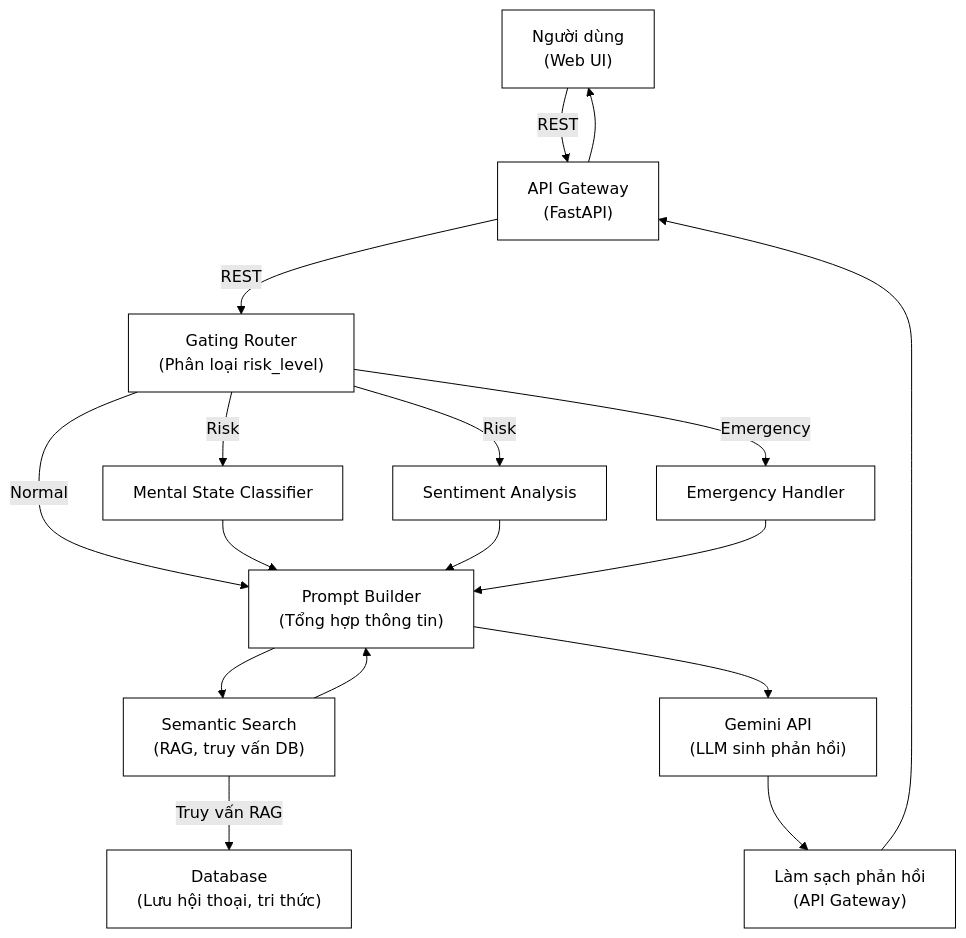
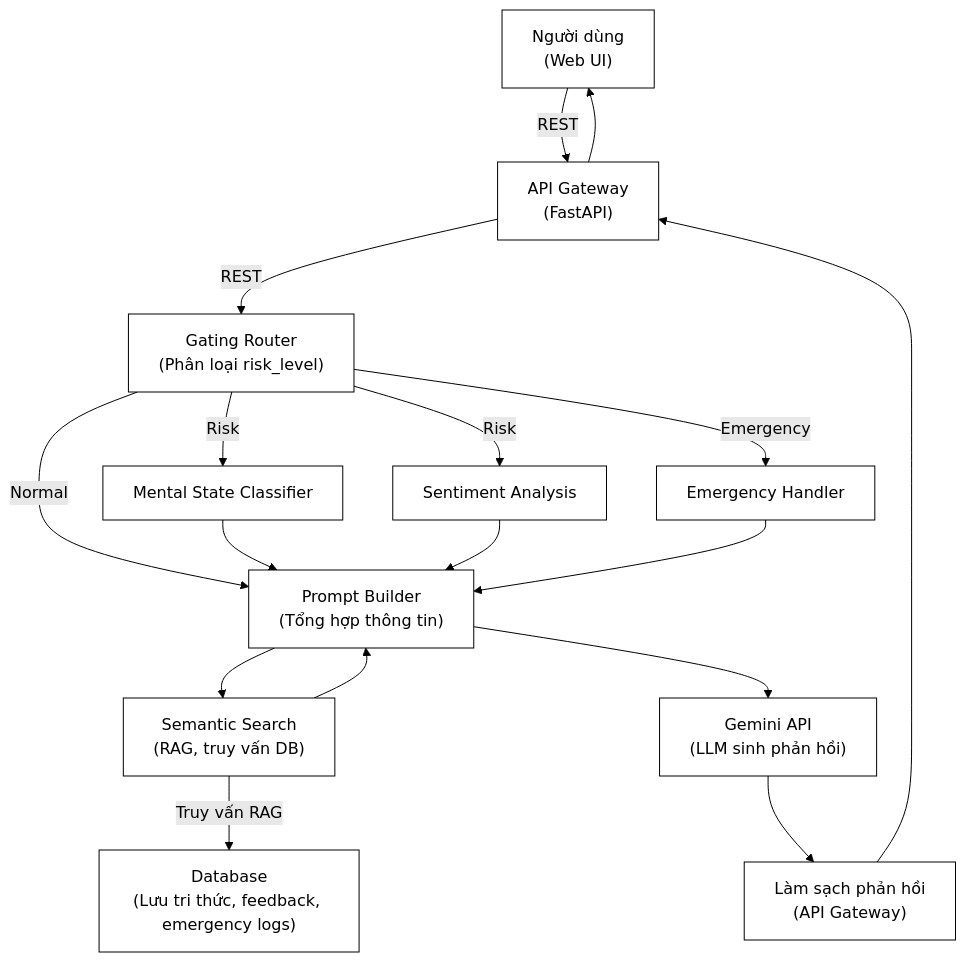
One commit to VuHa123/DoAnTotNghiep changed the diagram in README.md. Above: the diagram before and after it, drawn with Mermaid (forest theme). The commit also changed other lines of this file, not shown here.

````diff
--- a/README.md
+++ b/README.md
@@ -12,47 +12,47 @@
 ```mermaid
 flowchart TD
     User["Người dùng<br/>(Web UI)"]
     APIGW["API Gateway<br/>(FastAPI)"]
     Gating["Gating Router<br/>(Phân loại risk_level)"]
     Mental["Mental State Classifier"]
     Sentiment["Sentiment Analysis"]
     Emergency["Emergency Handler"]
     Semantic["Semantic Search<br/>(RAG, truy vấn DB)"]
-    DB["Database<br/>(Lưu hội thoại, tri thức)"]
+    DB["Database<br/>(Lưu tri thức, feedback, emergency logs)"]
     Prompt["Prompt Builder<br/>(Tổng hợp thông tin)"]
     Gemini["Gemini API<br/>(LLM sinh phản hồi)"]
     Clean["Làm sạch phản hồi<br/>(API Gateway)"]
 
     User -->|REST| APIGW
     APIGW -->|REST| Gating
 
     Gating -- "Normal" --> Prompt
     Gating -- "Risk" --> Mental
     Gating -- "Risk" --> Sentiment
     Mental --> Prompt
     Sentiment --> Prompt
     Gating -- "Emergency" --> Emergency
     Emergency --> Prompt
 
     Prompt --> Semantic
     Semantic -- "Truy vấn RAG" --> DB
     Semantic --> Prompt
 
     Prompt --> Gemini
     Gemini --> Clean
     Clean --> APIGW
     APIGW --> User
 
     %% Style với màu trắng và viền đen
     style User fill:#ffffff,stroke:#000000,stroke-width:1px
     style APIGW fill:#ffffff,stroke:#000000,stroke-width:1px
     style Gating fill:#ffffff,stroke:#000000,stroke-width:1px
     style Mental fill:#ffffff,stroke:#000000,stroke-width:1px
     style Sentiment fill:#ffffff,stroke:#000000,stroke-width:1px
     style Emergency fill:#ffffff,stroke:#000000,stroke-width:1px
     style Semantic fill:#ffffff,stroke:#000000,stroke-width:1px
     style DB fill:#ffffff,stroke:#000000,stroke-width:1px
     style Prompt fill:#ffffff,stroke:#000000,stroke-width:1px
     style Gemini fill:#ffffff,stroke:#000000,stroke-width:1px
     style Clean fill:#ffffff,stroke:#000000,stroke-width:1px
 ```
````
